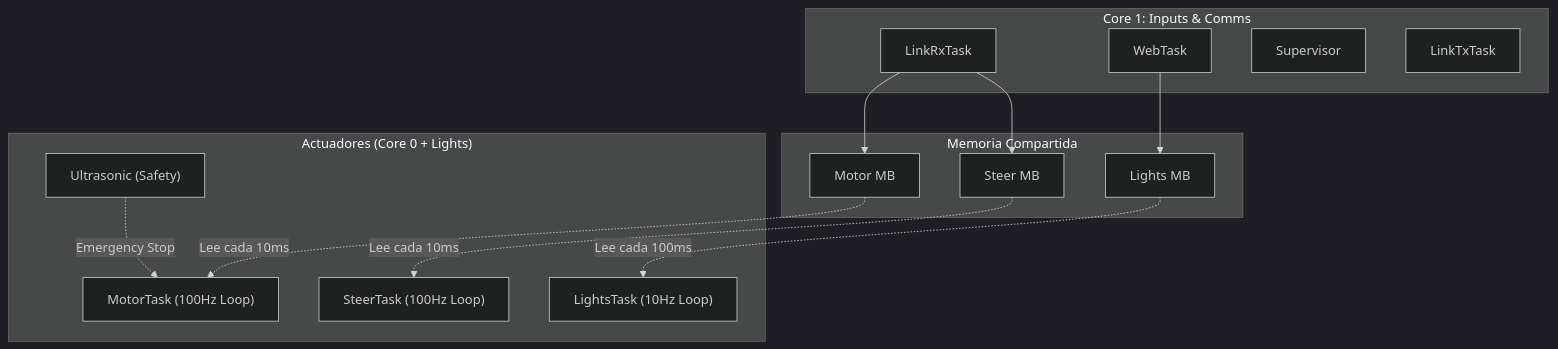
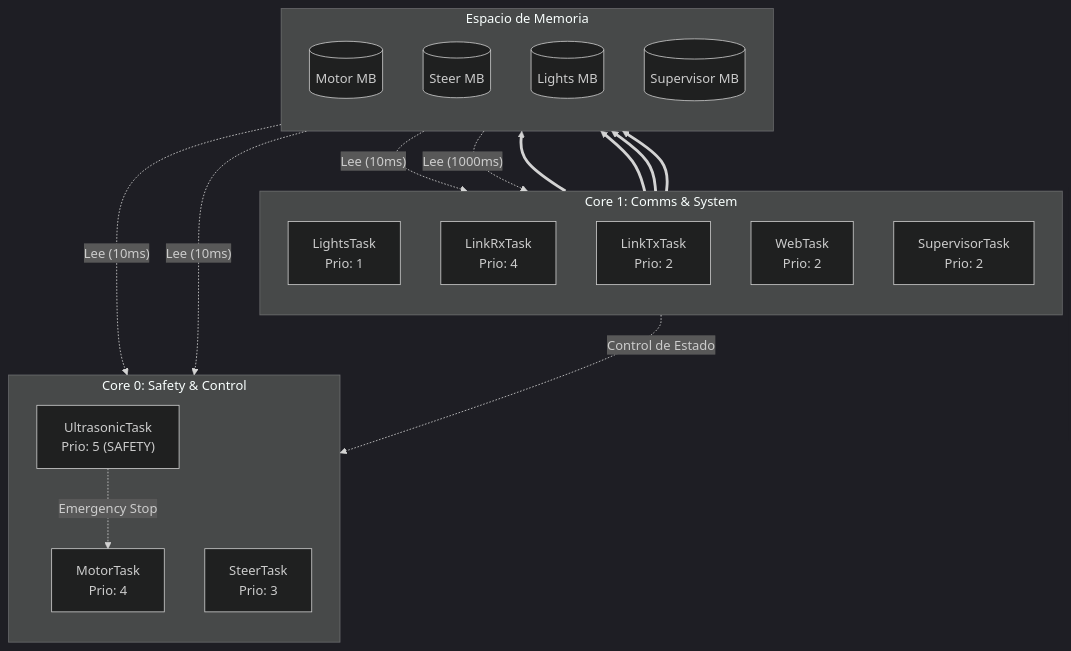
Before and after one commit to Robot-Autonomo-de-Laboratorio-BFMC/embedded: the second of 2 diagrams in README.md, drawn with Mermaid (dark theme). The commit also changed other lines of this file, not shown here.

First line of the commit message:
Revise terminology and enhance architecture description

````diff
--- a/README.md
+++ b/README.md
@@ -106,39 +135,43 @@
 ```mermaid
 graph TD
-    %% === CAPA SUPERIOR: ENTRADAS (CORE 1) ===
-    subgraph Core1 ["Core 1: Inputs & Comms"]
-        RX[LinkRxTask]
-        WEB[WebTask]
-        SUP[Supervisor]
-        TX[LinkTxTask]
+    subgraph Core1 ["Core 1: Comms & System"]
+        direction TB
+        LGT[LightsTask<br/>Prio: 1]
+        RX[LinkRxTask<br/>Prio: 4]
+        TX[LinkTxTask<br/>Prio: 2]
+        WEB[WebTask<br/>Prio: 2]
+        SUP[SupervisorTask<br/>Prio: 2]
     end
 
-    %% === CAPA MEDIA: ALMACENAMIENTO ===
-    subgraph Shared ["Memoria Compartida"]
-        MB_MOT[Motor MB]
-        MB_STR[Steer MB]
-        MB_LGT[Lights MB]
+    subgraph Shared ["Espacio de Memoria"]
+        direction TB
+        MB_MOT[("Motor MB")]
+        MB_STR[("Steer MB")]
+        MB_LGT[("Lights MB")]
+        MB_SUP[("Supervisor MB")]
     end
 
-    %% === CAPA INFERIOR: SALIDAS (CORE 0) ===
-    subgraph Actuators ["Actuadores (Core 0 + Lights)"]
-        US["Ultrasonic (Safety)"]
-        MOT["MotorTask (100Hz Loop)"]
-        STR["SteerTask (100Hz Loop)"]
-        LGT["LightsTask (10Hz Loop)"]
+    subgraph Core0 ["Core 0: Safety & Control"]
+        direction TB
+        US["UltrasonicTask<br/>Prio: 5 (SAFETY)"]
+        MOT[MotorTask<br/>Prio: 4]
+        STR[SteerTask<br/>Prio: 3]
     end
 
-    %% === FLUJO DE DATOS ===
-    RX --> MB_MOT
-    RX --> MB_STR
-    WEB --> MB_LGT
-    
-    %% === LECTURA PERIÓDICA (POLLING) ===
-    %% Las líneas punteadas indican lectura asíncrona
-    MB_MOT -.->|"Lee cada 10ms"| MOT
-    MB_STR -.->|"Lee cada 10ms"| STR
-    MB_LGT -.->|"Lee cada 100ms"| LGT
+    %% Relaciones de Escritura
+    RX ==> MB_MOT
+    RX ==> MB_STR
+    RX ==> MB_LGT
+    RX ==> MB_SUP
+    WEB ~~~ MB_SUP
 
-    %% Seguridad
+    %% Lectura
+    MB_MOT -.->|"Lee (10ms)"| MOT
+    MB_STR -.->|"Lee (10ms)"| STR
+    MB_SUP -.->|"Lee (10ms)"| SUP
+    MB_LGT -.->|"Lee (1000ms)"| LGT
+
+    %% Relaciones de Control
+    SUP -.->|"Control de Estado"| MOT
     US -.->|"Emergency Stop"| MOT
 ```
````
